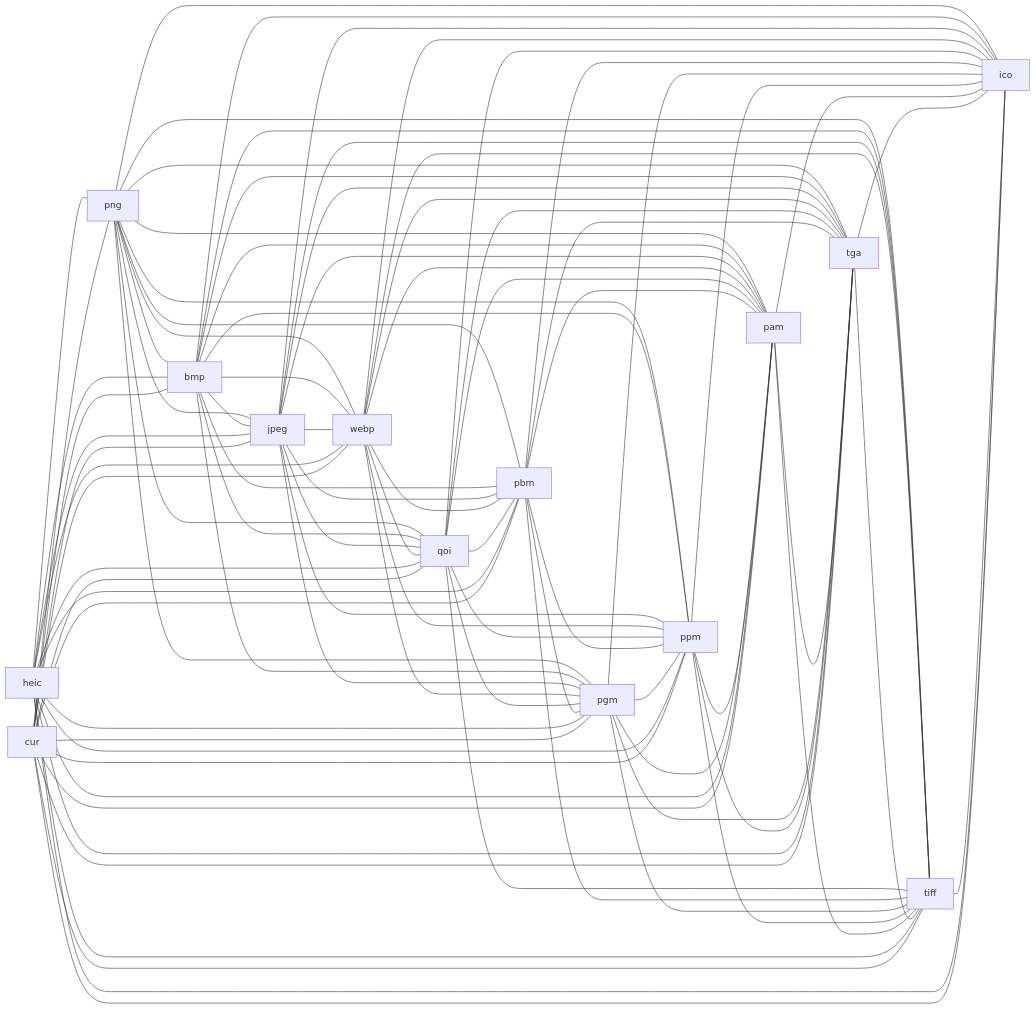
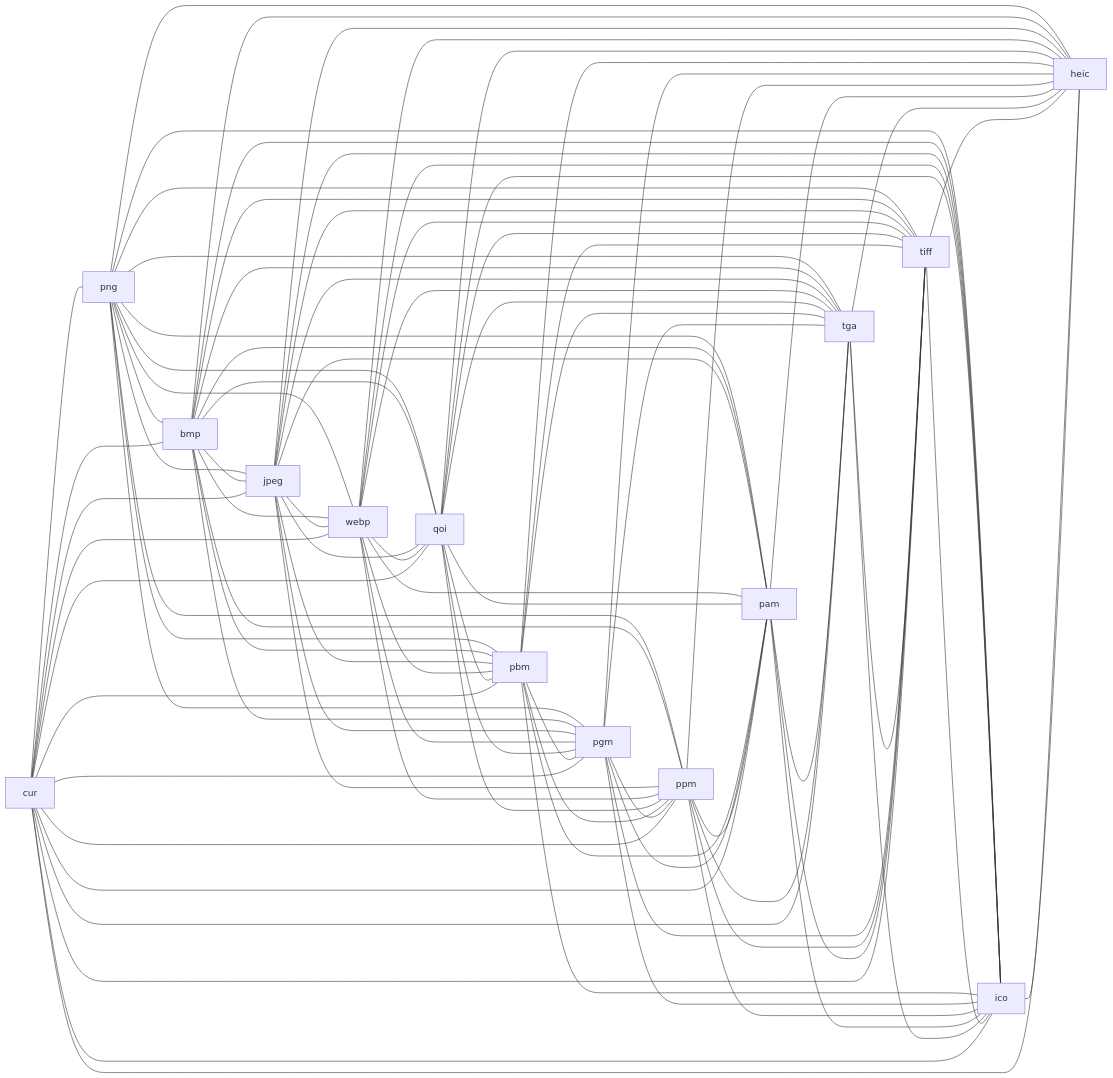
One commit to Chimi6/Sublime changed the third of 4 diagrams in DOCS/FORMATS.md. Above: the diagram before and after it, drawn with Mermaid. The commit also changed other lines of this file and 29 other files, not shown here.

````diff
--- a/DOCS/FORMATS.md
+++ b/DOCS/FORMATS.md
@@ -103,6 +103,7 @@
   png --- tga
   png --- tiff
   png --- ico
+  png --- heic
   bmp --- jpeg
   bmp --- webp
   bmp --- qoi
@@ -113,6 +114,7 @@
   bmp --- tga
   bmp --- tiff
   bmp --- ico
+  bmp --- heic
   jpeg --- webp
   jpeg --- qoi
   jpeg --- pbm
@@ -122,6 +124,7 @@
   jpeg --- tga
   jpeg --- tiff
   jpeg --- ico
+  jpeg --- heic
   webp --- qoi
   webp --- pbm
   webp --- pgm
@@ -130,6 +133,7 @@
   webp --- tga
   webp --- tiff
   webp --- ico
+  webp --- heic
   qoi --- pbm
   qoi --- pgm
   qoi --- ppm
@@ -137,39 +141,35 @@
   qoi --- tga
   qoi --- tiff
   qoi --- ico
+  qoi --- heic
   pbm --- pgm
   pbm --- ppm
   pbm --- pam
   pbm --- tga
   pbm --- tiff
   pbm --- ico
+  pbm --- heic
   pgm --- ppm
   pgm --- pam
   pgm --- tga
   pgm --- tiff
   pgm --- ico
+  pgm --- heic
   ppm --- pam
   ppm --- tga
   ppm --- tiff
   ppm --- ico
+  ppm --- heic
   pam --- tga
   pam --- tiff
   pam --- ico
+  pam --- heic
   tga --- tiff
   tga --- ico
+  tga --- heic
   tiff --- ico
-  heic --- png
-  heic --- bmp
-  heic --- jpeg
-  heic --- webp
-  heic --- qoi
-  heic --- pbm
-  heic --- pgm
-  heic --- ppm
-  heic --- pam
-  heic --- tga
-  heic --- tiff
-  heic --- ico
+  tiff --- heic
+  ico --- heic
   cur --- png
   cur --- bmp
   cur --- jpeg
@@ -182,4 +182,5 @@
   cur --- tga
   cur --- tiff
   cur --- ico
+  cur --- heic
 ```
````
